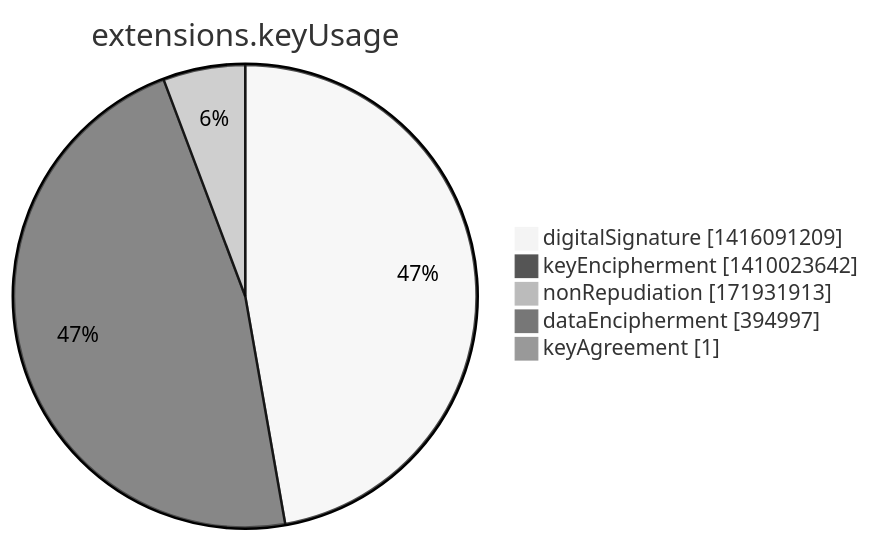
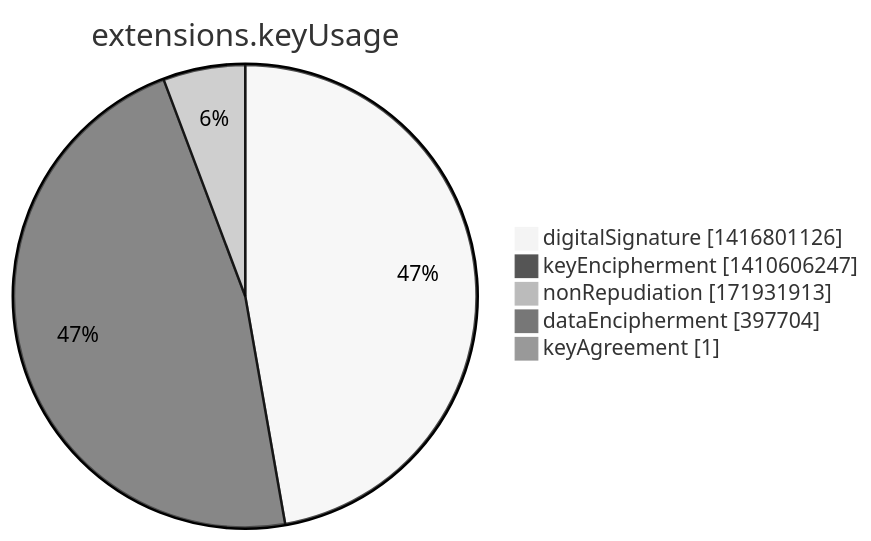
One commit to christiankrug/ctmonitor_visualization changed the seventh of 15 diagrams in argon2022/README.md. Above: the diagram before and after it, drawn with Mermaid (neutral theme). The commit also changed other lines of this file, not shown here.

````diff
--- a/argon2022/README.md
+++ b/argon2022/README.md
@@ -2751,9 +2751,9 @@
 ```mermaid
 pie showData
 title extensions.keyUsage
-"digitalSignature" :1416091209
-"keyEncipherment" :1410023642
+"digitalSignature" :1416801126
+"keyEncipherment" :1410606247
 "nonRepudiation" :171931913
-"dataEncipherment" :394997
+"dataEncipherment" :397704
 "keyAgreement" :1
 ```
````
